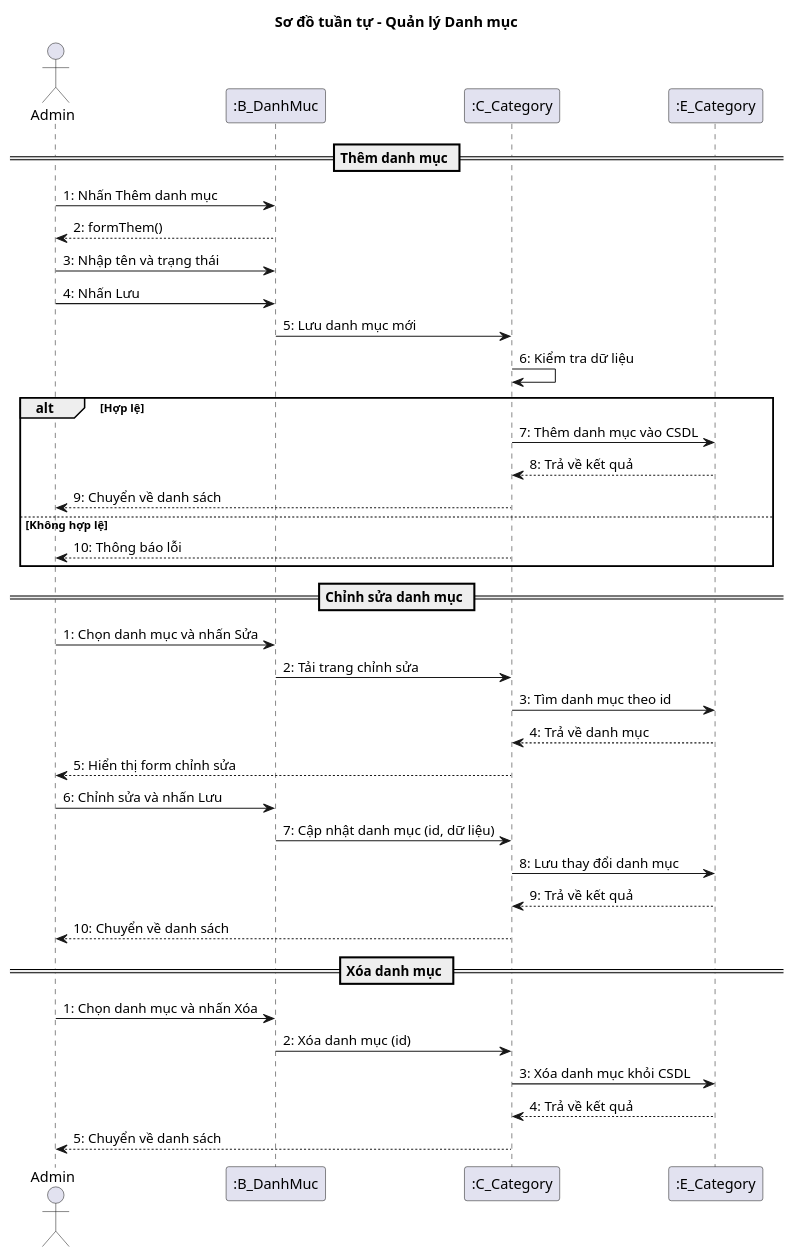
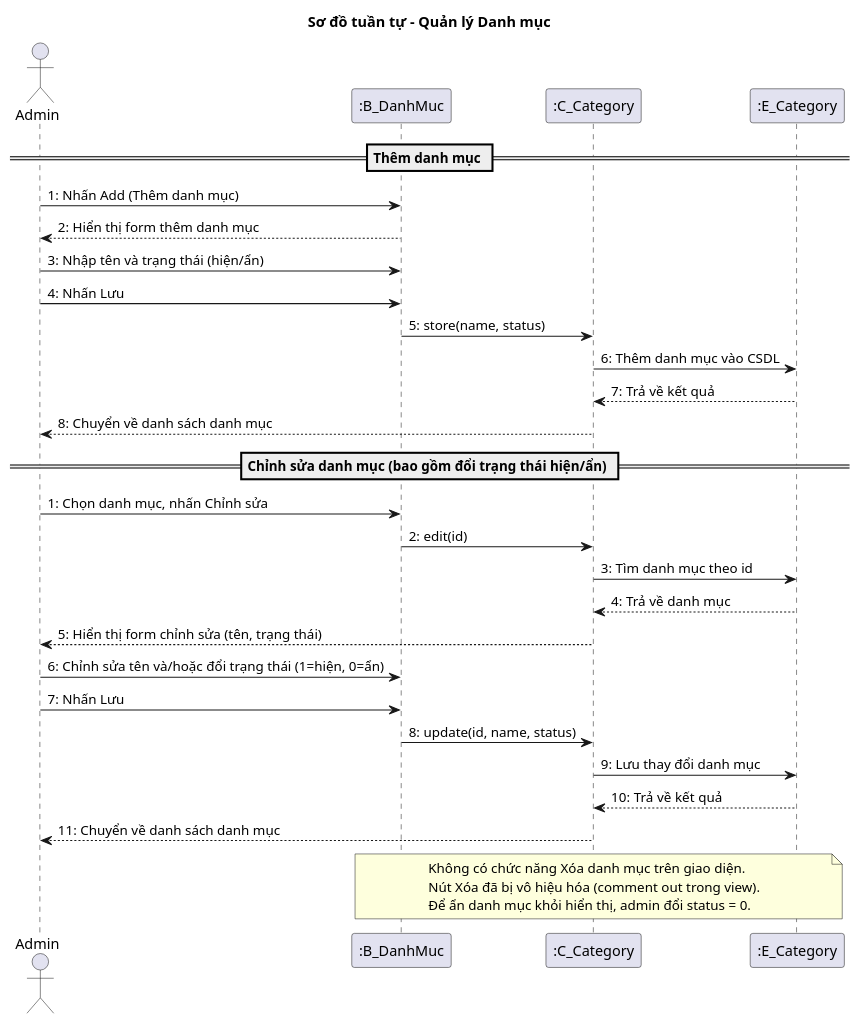
The diagram in app/Http/doc/sequence/07-quan-ly-danh-muc.puml (thien258/luanvantotnghiep), drawn with PlantUML before and after one commit. The commit also changed 59 other files, not shown here.

```diff
--- a/app/Http/doc/sequence/07-quan-ly-danh-muc.puml
+++ b/app/Http/doc/sequence/07-quan-ly-danh-muc.puml
@@ -1,42 +1,37 @@
 @startuml
 title Sơ đồ tuần tự - Quản lý Danh mục
 
 actor "Admin" as A
 participant ":B_DanhMuc" as B
 participant ":C_Category" as C
 participant ":E_Category" as E
 
 == Thêm danh mục ==
-A -> B : 1: Nhấn Thêm danh mục
-B --> A : 2: formThem()
-A -> B : 3: Nhập tên và trạng thái
+A -> B : 1: Nhấn Add (Thêm danh mục)
+B --> A : 2: Hiển thị form thêm danh mục
+A -> B : 3: Nhập tên và trạng thái (hiện/ẩn)
 A -> B : 4: Nhấn Lưu
-B -> C : 5: Lưu danh mục mới
-C -> C : 6: Kiểm tra dữ liệu
-alt Hợp lệ
-    C -> E : 7: Thêm danh mục vào CSDL
-    E --> C : 8: Trả về kết quả
-    C --> A : 9: Chuyển về danh sách
-else Không hợp lệ
-    C --> A : 10: Thông báo lỗi
-end
+B -> C : 5: store(name, status)
+C -> E : 6: Thêm danh mục vào CSDL
+E --> C : 7: Trả về kết quả
+C --> A : 8: Chuyển về danh sách danh mục
 
-== Chỉnh sửa danh mục ==
-A -> B : 1: Chọn danh mục và nhấn Sửa
-B -> C : 2: Tải trang chỉnh sửa
+== Chỉnh sửa danh mục (bao gồm đổi trạng thái hiện/ẩn) ==
+A -> B : 1: Chọn danh mục, nhấn Chỉnh sửa
+B -> C : 2: edit(id)
 C -> E : 3: Tìm danh mục theo id
 E --> C : 4: Trả về danh mục
-C --> A : 5: Hiển thị form chỉnh sửa
-A -> B : 6: Chỉnh sửa và nhấn Lưu
-B -> C : 7: Cập nhật danh mục (id, dữ liệu)
-C -> E : 8: Lưu thay đổi danh mục
-E --> C : 9: Trả về kết quả
-C --> A : 10: Chuyển về danh sách
+C --> A : 5: Hiển thị form chỉnh sửa (tên, trạng thái)
+A -> B : 6: Chỉnh sửa tên và/hoặc đổi trạng thái (1=hiện, 0=ẩn)
+A -> B : 7: Nhấn Lưu
+B -> C : 8: update(id, name, status)
+C -> E : 9: Lưu thay đổi danh mục
+E --> C : 10: Trả về kết quả
+C --> A : 11: Chuyển về danh sách danh mục
 
-== Xóa danh mục ==
-A -> B : 1: Chọn danh mục và nhấn Xóa
-B -> C : 2: Xóa danh mục (id)
-C -> E : 3: Xóa danh mục khỏi CSDL
-E --> C : 4: Trả về kết quả
-C --> A : 5: Chuyển về danh sách
+note over B, E
+    Không có chức năng Xóa danh mục trên giao diện.
+    Nút Xóa đã bị vô hiệu hóa (comment out trong view).
+    Để ẩn danh mục khỏi hiển thị, admin đổi status = 0.
+end note
 @enduml
```
